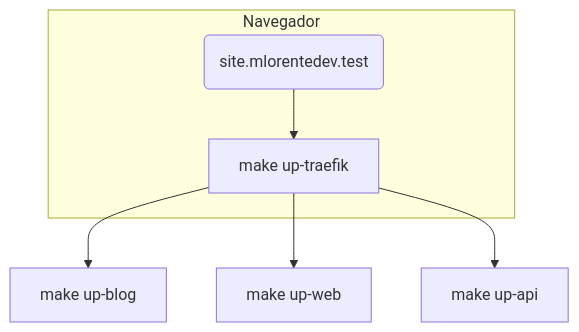
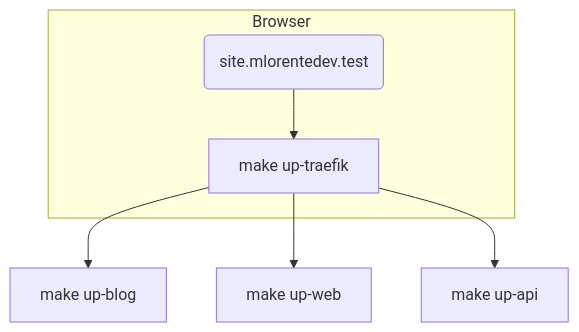
One commit to mlorentedev/kubelab changed the diagram in README.md. Above: the diagram before and after it, drawn with Mermaid. The commit also changed other lines of this file and 40 other files, not shown here.

````diff
--- a/README.md
+++ b/README.md
@@ -122,9 +122,9 @@
 ```mermaid
 graph TD;
   A[make up-traefik] --> B1[make up-blog];
   A --> B2[make up-web];
   A --> B3[make up-api];
-  subgraph Navegador
+  subgraph Browser
     C1(site.mlorentedev.test) --> A;
   end
 ```
````
